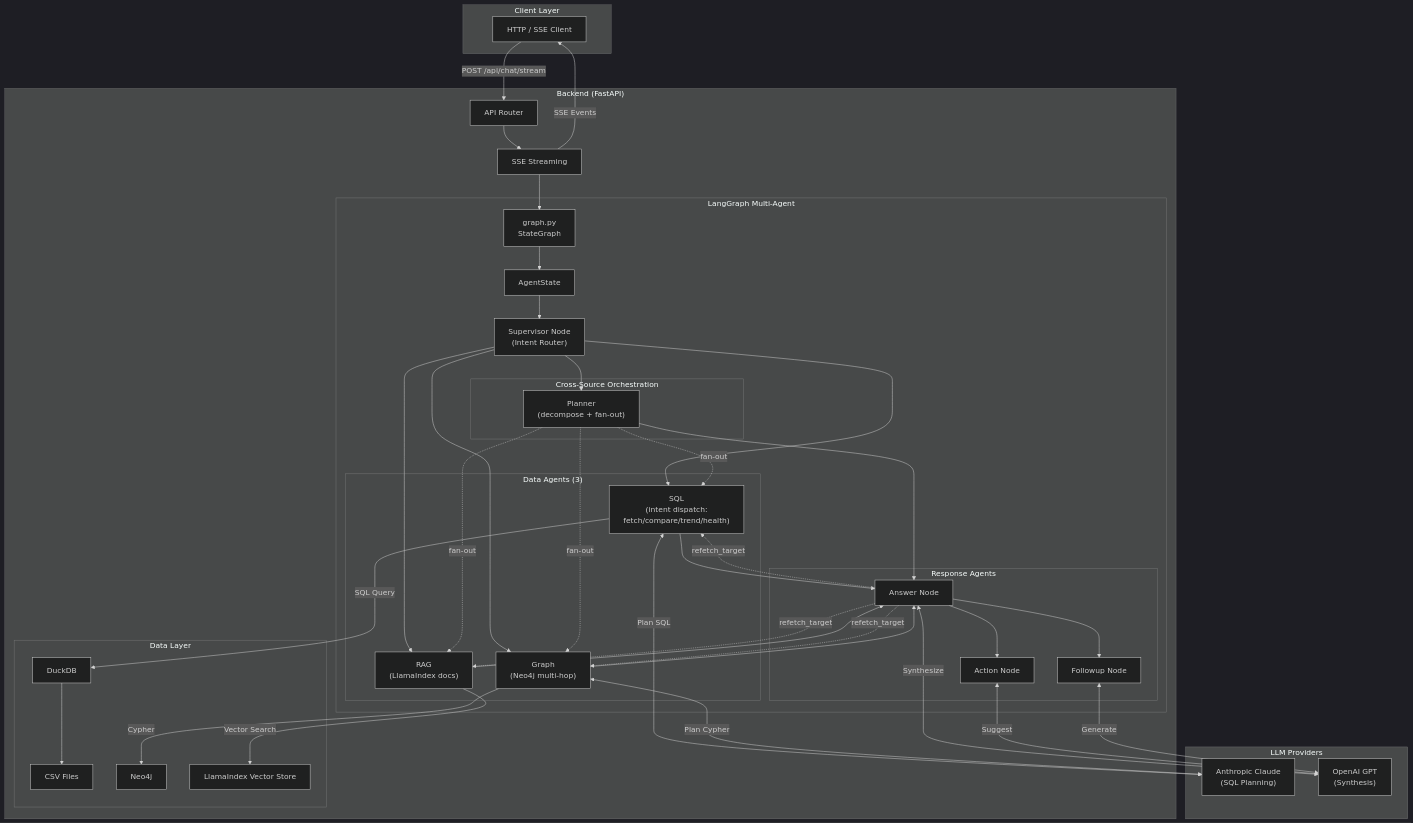
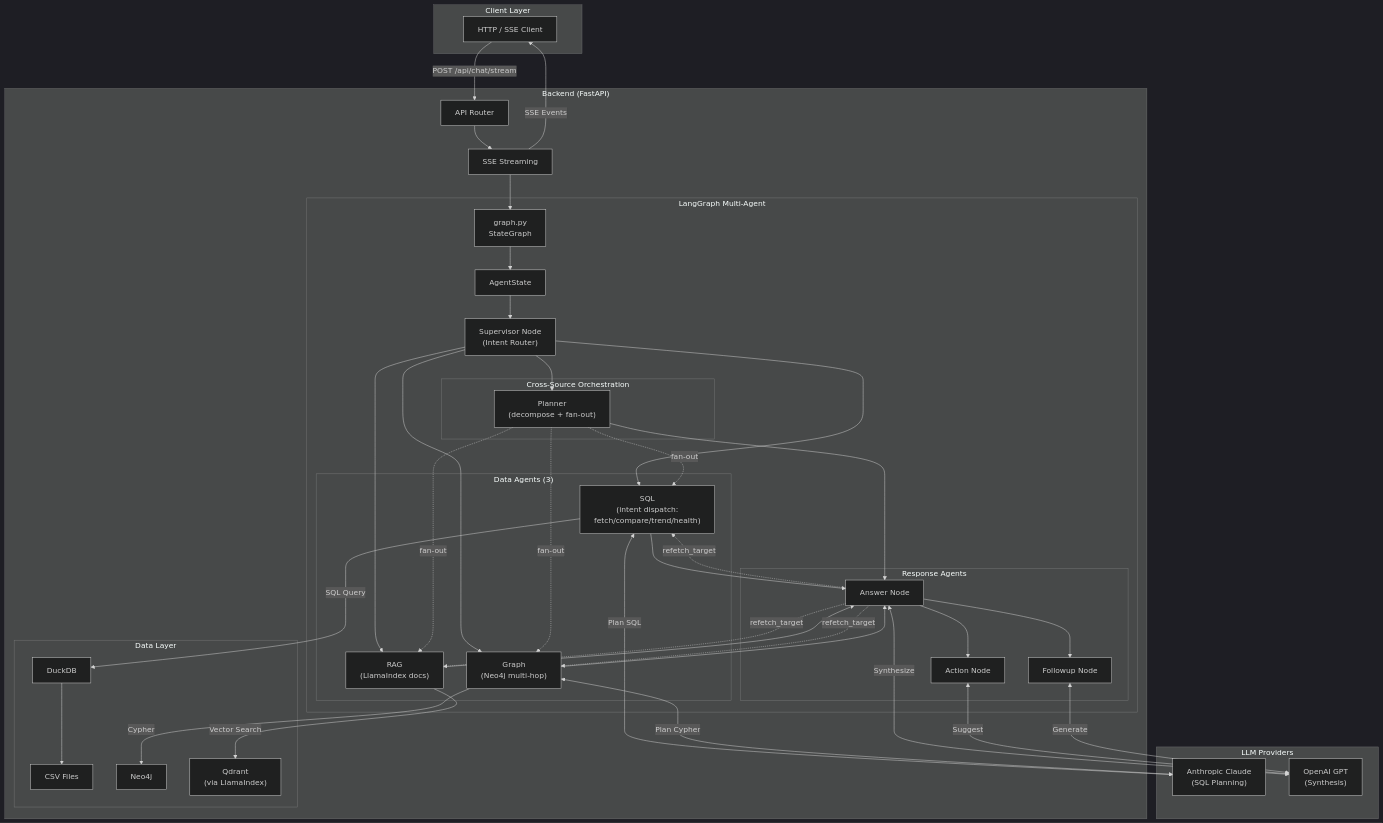
One commit to sazzad-kamal/crm-agentic-reasoning-engine-docs changed the first of 4 diagrams in docs/ARCHITECTURE.md. Above: the diagram before and after it, drawn with Mermaid (dark theme). The commit also changed 1 other file, not shown here.

Commit message:
Sharpen Eval section; Qdrant naming; add prompt injection defenses

````diff
--- a/docs/ARCHITECTURE.md
+++ b/docs/ARCHITECTURE.md
@@ -18,77 +18,77 @@
 ```mermaid
 flowchart TB
     subgraph Client["Client Layer"]
         Browser["HTTP / SSE Client"]
     end
 
     subgraph Backend["Backend (FastAPI)"]
         Router["API Router"]
         Streaming["SSE Streaming"]
 
         subgraph Agent["LangGraph Multi-Agent"]
             Graph["graph.py<br/>StateGraph"]
             State["AgentState"]
             Supervisor["Supervisor Node<br/>(Intent Router)"]
 
             subgraph DataAgents["Data Agents (3)"]
                 SQLNode["SQL<br/>(intent dispatch:<br/>fetch/compare/trend/health)"]
                 RAGNode["RAG<br/>(LlamaIndex docs)"]
                 GraphNode["Graph<br/>(Neo4j multi-hop)"]
             end
 
             subgraph Orchestration["Cross-Source Orchestration"]
                 PlannerNode["Planner<br/>(decompose + fan-out)"]
             end
 
             subgraph ResponseAgents["Response Agents"]
                 AnswerNode["Answer Node"]
                 ActionNode["Action Node"]
                 FollowupNode["Followup Node"]
             end
         end
 
         subgraph Data["Data Layer"]
             DuckDB["DuckDB"]
             CSV["CSV Files"]
             Neo4j["Neo4j"]
-            VectorStore["LlamaIndex Vector Store"]
+            VectorStore["Qdrant<br/>(via LlamaIndex)"]
         end
     end
 
     subgraph LLMs["LLM Providers"]
         Claude["Anthropic Claude<br/>(SQL Planning)"]
         GPT["OpenAI GPT<br/>(Synthesis)"]
     end
 
     Browser -->|"POST /api/chat/stream"| Router
     Router --> Streaming
     Streaming --> Graph
     Graph --> State
     State --> Supervisor
     Supervisor --> SQLNode
     Supervisor --> RAGNode
     Supervisor --> GraphNode
     Supervisor --> PlannerNode
     PlannerNode -.->|"fan-out"| SQLNode
     PlannerNode -.->|"fan-out"| RAGNode
     PlannerNode -.->|"fan-out"| GraphNode
     SQLNode -->|"SQL Query"| DuckDB
     DuckDB --> CSV
     RAGNode -->|"Vector Search"| VectorStore
     GraphNode -->|"Cypher"| Neo4j
     SQLNode --> AnswerNode
     RAGNode --> AnswerNode
     GraphNode --> AnswerNode
     PlannerNode --> AnswerNode
     AnswerNode -.->|"refetch_target"| SQLNode
     AnswerNode -.->|"refetch_target"| RAGNode
     AnswerNode -.->|"refetch_target"| GraphNode
     AnswerNode --> ActionNode
     AnswerNode --> FollowupNode
     SQLNode <-->|"Plan SQL"| Claude
     GraphNode <-->|"Plan Cypher"| Claude
     AnswerNode <-->|"Synthesize"| GPT
     ActionNode <-->|"Suggest"| GPT
     FollowupNode <-->|"Generate"| GPT
     Streaming -->|"SSE Events"| Browser
 ```
````
